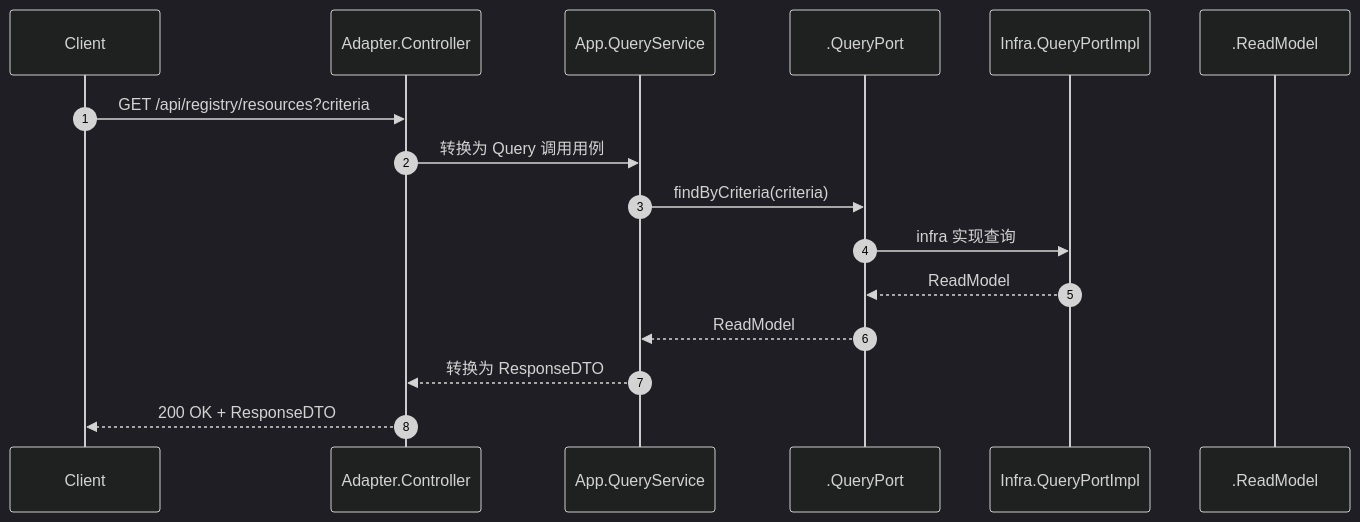
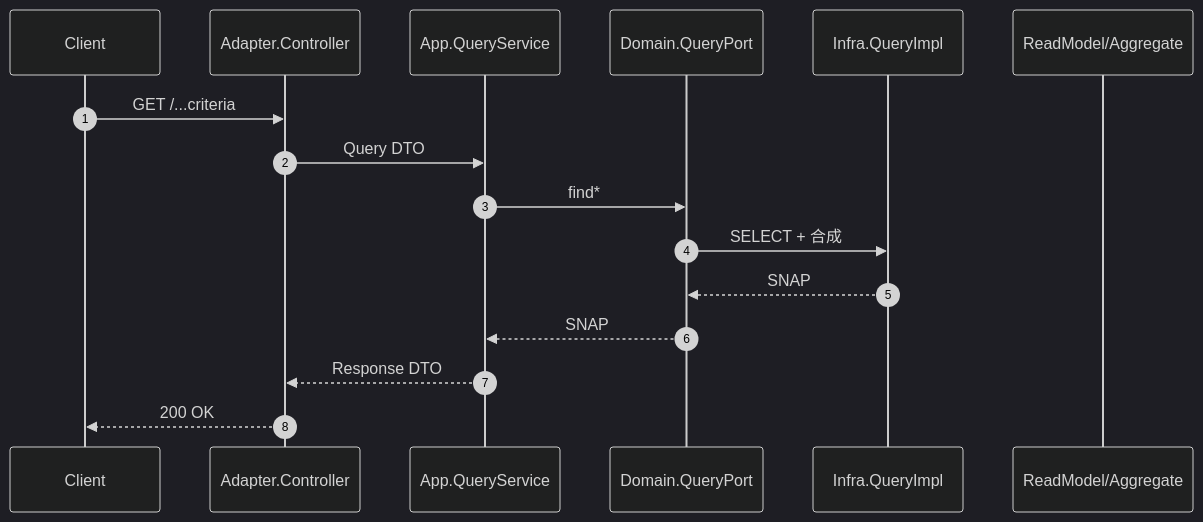
The second of 2 diagrams in patra-api/patra-registry/readme.md (linqibin0826/patra), drawn with Mermaid (dark theme) before and after one commit. The commit also changed other lines of this file and 64 other files, not shown here.

````diff
--- a/patra-api/patra-registry/readme.md
+++ b/patra-api/patra-registry/readme.md
@@ -206,19 +131,18 @@
 ```mermaid
 sequenceDiagram
   autonumber
   participant C as Client
-  participant AC as Adapter.Controller
-  participant AS as App.QueryService
-  participant QP as .QueryPort
-  participant IQ as Infra.QueryPortImpl
-  participant V as .ReadModel
-
-  C->>AC: GET /api/registry/resources?criteria
-  AC->>AS: 转换为 Query 调用用例
-  AS->>QP: findByCriteria(criteria)
-  QP->>IQ: infra 实现查询
-  IQ-->>QP: ReadModel
-  QP-->>AS: ReadModel
-  AS-->>AC: 转换为 ResponseDTO
-  AC-->>C: 200 OK + ResponseDTO
+  participant CTR as Adapter.Controller
+  participant Q as App.QueryService
+  participant PORT as Domain.QueryPort
+  participant INF as Infra.QueryImpl
+  participant SNAP as ReadModel/Aggregate
+  C->>CTR: GET /...criteria
+  CTR->>Q: Query DTO
+  Q->>PORT: find*
+  PORT->>INF: SELECT + 合成
+  INF-->>PORT: SNAP
+  PORT-->>Q: SNAP
+  Q-->>CTR: Response DTO
+  CTR-->>C: 200 OK
 ```
````
